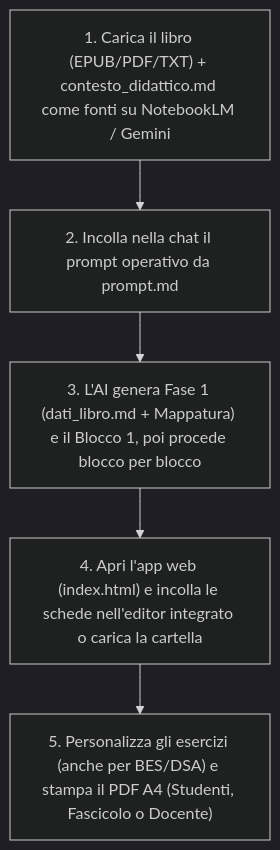
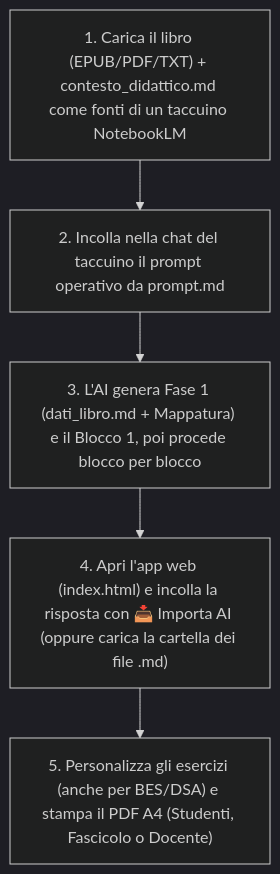
Before and after one commit to aalborghetti/AnalisiLibro: the diagram in README.md, drawn with Mermaid (dark theme). The commit also changed other lines of this file and 15 other files, not shown here.

````diff
--- a/README.md
+++ b/README.md
@@ -44,7 +45,7 @@
 ```mermaid
 flowchart TD
-    A["1. Carica il libro (EPUB/PDF/TXT) + contesto_didattico.md come fonti su NotebookLM / Gemini"] --> B["2. Incolla nella chat il prompt operativo da prompt.md"]
+    A["1. Carica il libro (EPUB/PDF/TXT) + contesto_didattico.md come fonti di un taccuino NotebookLM"] --> B["2. Incolla nella chat del taccuino il prompt operativo da prompt.md"]
     B --> C["3. L'AI genera Fase 1 (dati_libro.md + Mappatura) e il Blocco 1, poi procede blocco per blocco"]
-    C --> D["4. Apri l'app web (index.html) e incolla le schede nell'editor integrato o carica la cartella"]
+    C --> D["4. Apri l'app web (index.html) e incolla la risposta con 📥 Importa AI (oppure carica la cartella dei file .md)"]
     D --> E["5. Personalizza gli esercizi (anche per BES/DSA) e stampa il PDF A4 (Studenti, Fascicolo o Docente)"]
 ```
````
